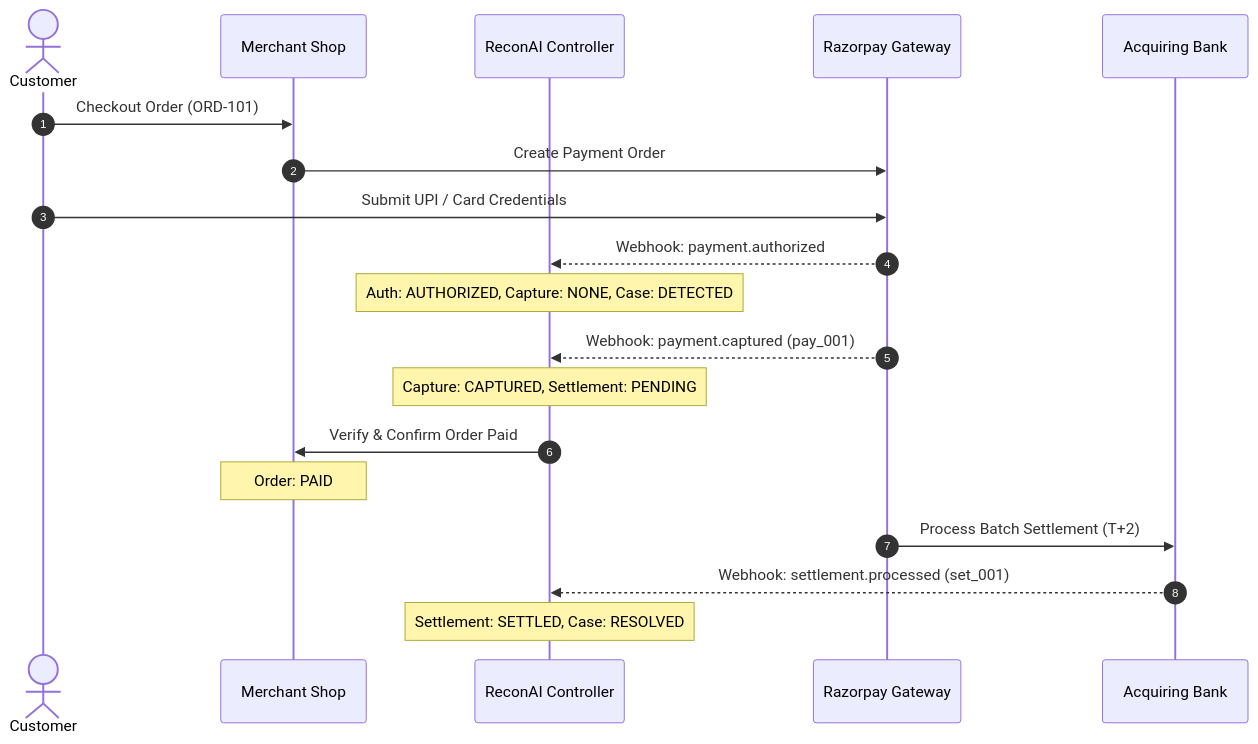
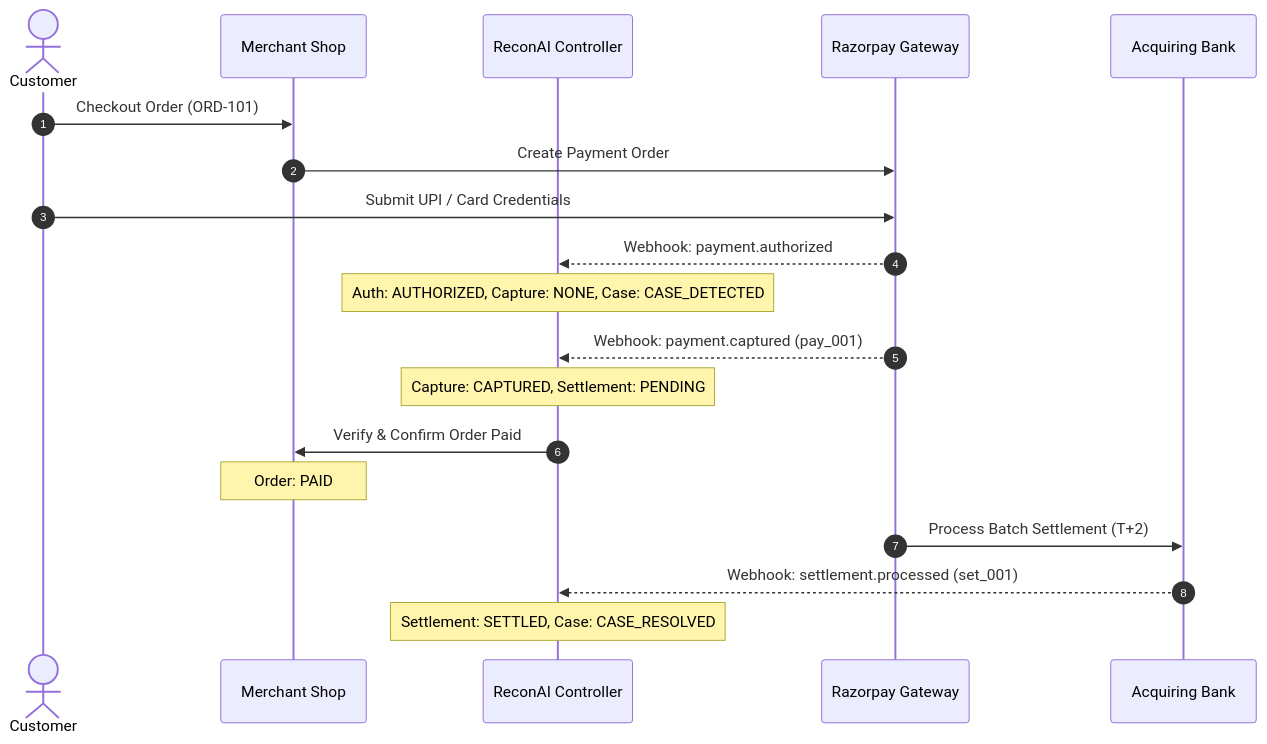
Before and after one commit to Pranjal-k22/ReconAI: the first of 4 diagrams in docs/reconai-2/PAYMENT_STATE_MACHINE.md, drawn with Mermaid. The commit also changed other lines of this file and 26 other files, not shown here.

````diff
--- a/docs/reconai-2/PAYMENT_STATE_MACHINE.md
+++ b/docs/reconai-2/PAYMENT_STATE_MACHINE.md
@@ -110,22 +112,22 @@
 ```mermaid
 sequenceDiagram
     autonumber
     actor Customer
     participant Shop as Merchant Shop
     participant ReconAI as ReconAI Controller
     participant Gateway as Razorpay Gateway
     participant Bank as Acquiring Bank
 
     Customer->>Shop: Checkout Order (ORD-101)
     Shop->>Gateway: Create Payment Order
     Customer->>Gateway: Submit UPI / Card Credentials
     Gateway-->>ReconAI: Webhook: payment.authorized
-    Note over ReconAI: Auth: AUTHORIZED, Capture: NONE, Case: DETECTED
+    Note over ReconAI: Auth: AUTHORIZED, Capture: NONE, Case: CASE_DETECTED
     Gateway-->>ReconAI: Webhook: payment.captured (pay_001)
     Note over ReconAI: Capture: CAPTURED, Settlement: PENDING
     ReconAI->>Shop: Verify & Confirm Order Paid
     Note over Shop: Order: PAID
     Gateway->>Bank: Process Batch Settlement (T+2)
     Bank-->>ReconAI: Webhook: settlement.processed (set_001)
-    Note over ReconAI: Settlement: SETTLED, Case: RESOLVED
+    Note over ReconAI: Settlement: SETTLED, Case: CASE_RESOLVED
 ```
````
